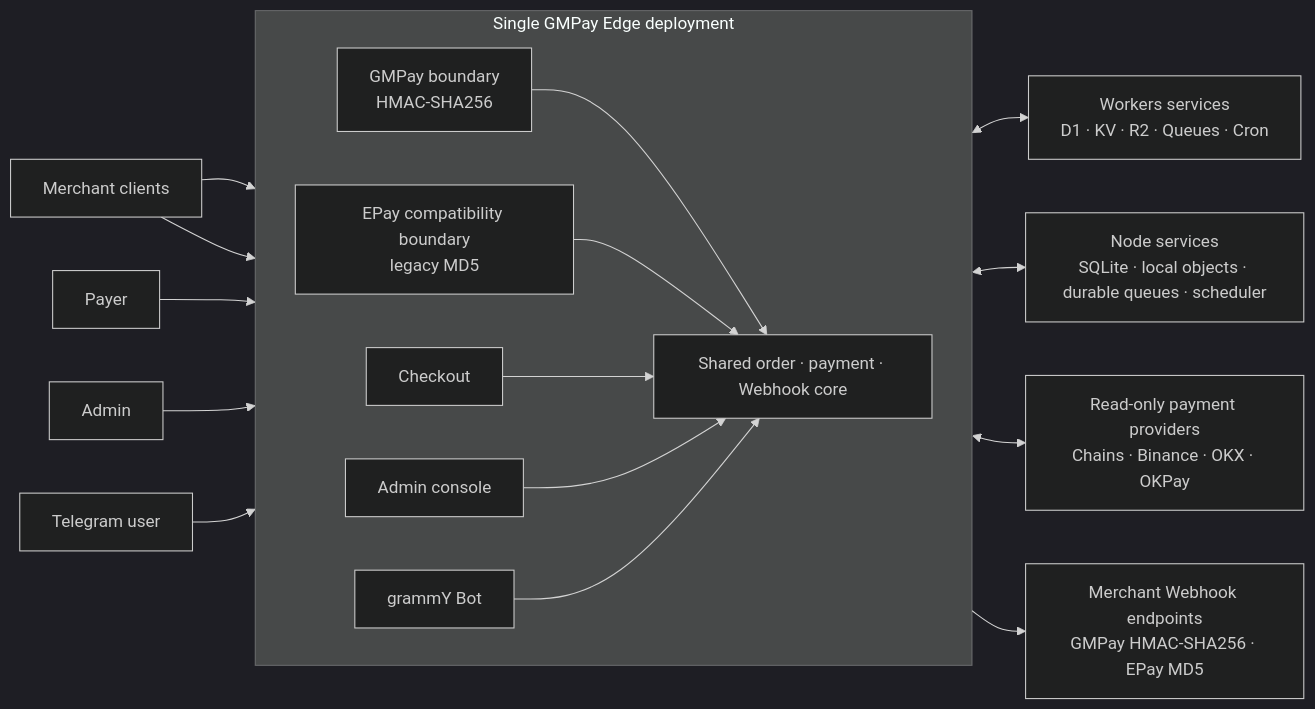
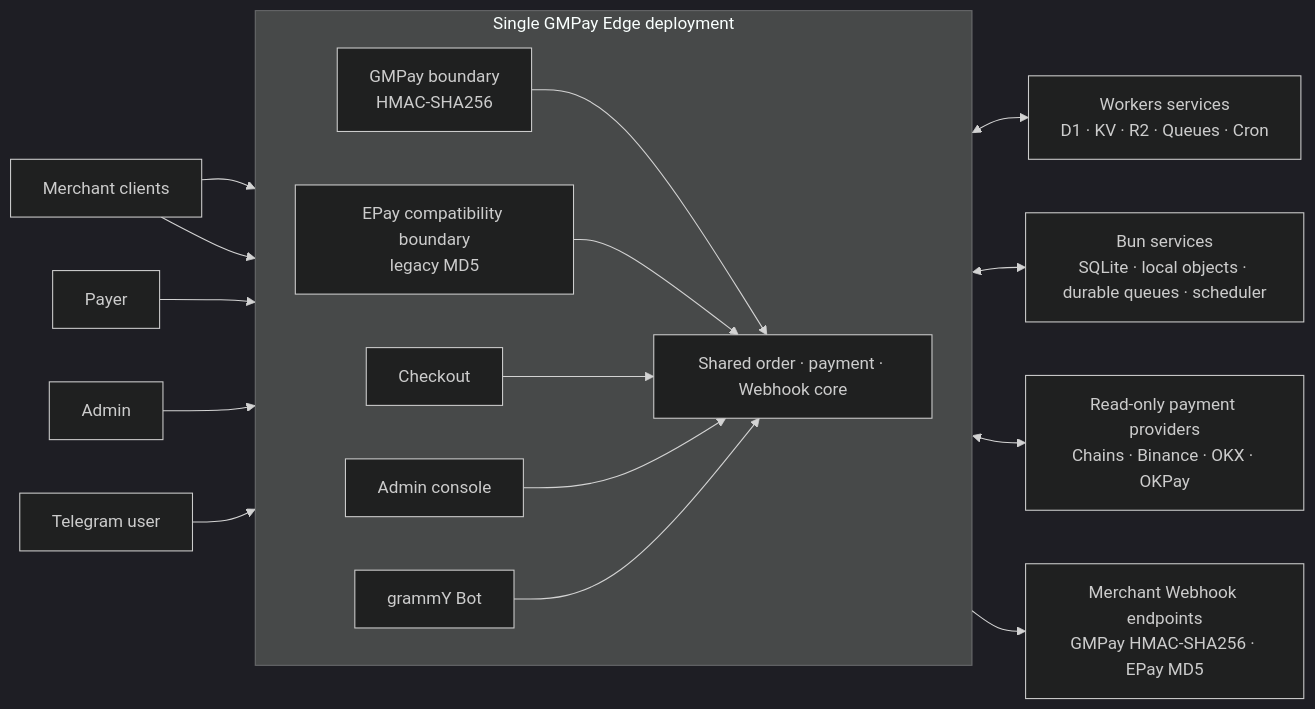
The diagram in README.md (GMWalletApp/gmpay-edge), drawn with Mermaid (dark theme) before and after one commit. The commit also changed other lines of this file and 24 other files, not shown here.

````diff
--- a/README.md
+++ b/README.md
@@ -81,38 +81,38 @@
 ```mermaid
 flowchart LR
     Merchants["Merchant clients"]
     Payer["Payer"]
     Admin["Admin"]
     TelegramUser["Telegram user"]
 
     subgraph Runtime["Single GMPay Edge deployment"]
         direction LR
         GMPay["GMPay boundary<br/>HMAC-SHA256"]
         EPay["EPay compatibility boundary<br/>legacy MD5"]
         Checkout["Checkout"]
         AdminUI["Admin console"]
         TelegramBot["grammY Bot"]
         Core["Shared order · payment · Webhook core"]
 
         GMPay --> Core
         EPay --> Core
         Checkout --> Core
         AdminUI --> Core
         TelegramBot --> Core
     end
 
     Cloudflare["Workers services<br/>D1 · KV · R2 · Queues · Cron"]
-    Node["Node services<br/>SQLite · local objects · durable queues · scheduler"]
+    Bun["Bun services<br/>SQLite · local objects · durable queues · scheduler"]
     Providers["Read-only payment providers<br/>Chains · Binance · OKX · OKPay"]
     Callbacks["Merchant Webhook endpoints<br/>GMPay HMAC-SHA256 · EPay MD5"]
 
     Merchants --> GMPay
     Merchants --> EPay
     Payer --> Checkout
     Admin --> AdminUI
     TelegramUser --> TelegramBot
     Core <--> Cloudflare
-    Core <--> Node
+    Core <--> Bun
     Core <--> Providers
     Core --> Callbacks
 ```
````
